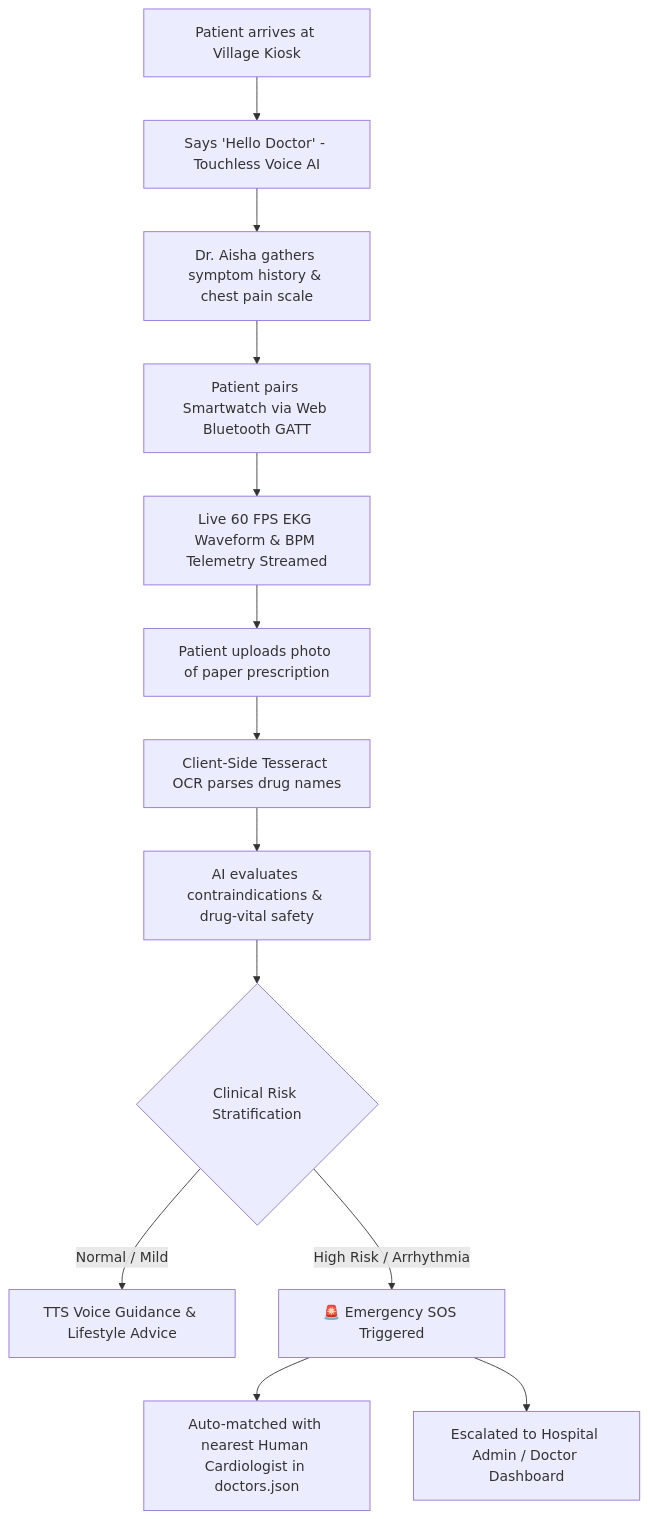
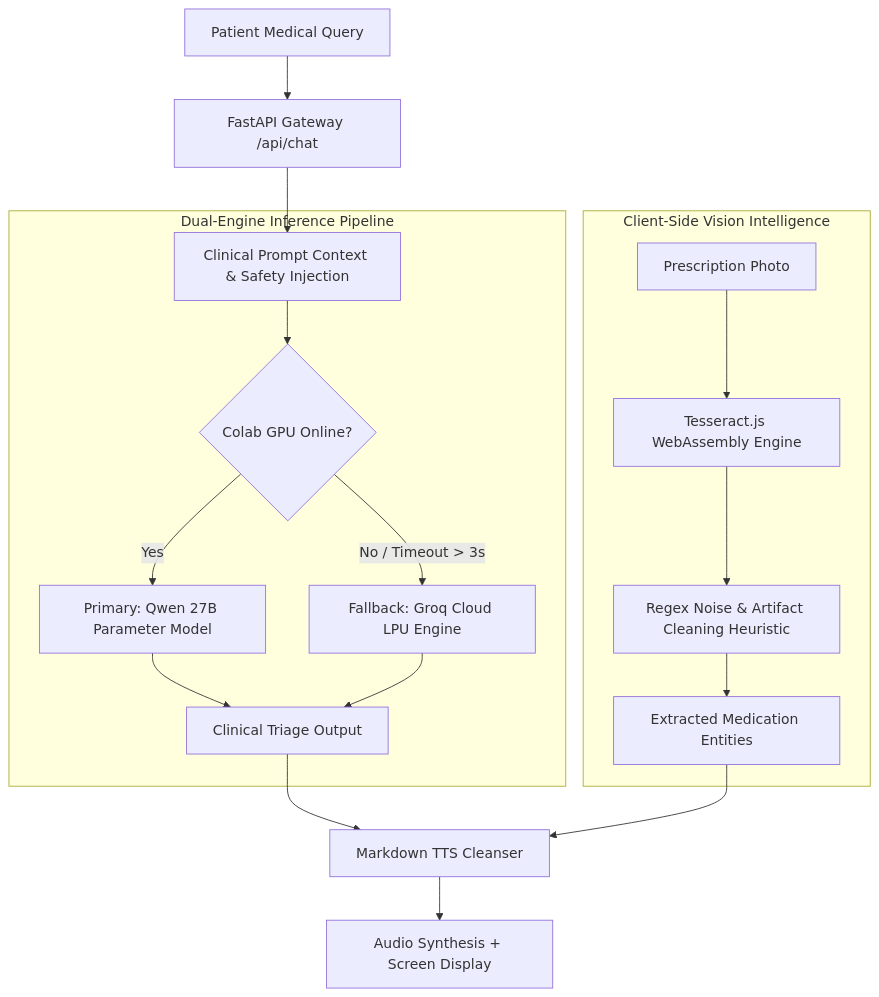
Before and after one commit to RounitSrivastava/Medical: the second of 3 diagrams in README.md, drawn with Mermaid. The commit also changed other lines of this file, not shown here.

Commit message:
docs: Enhance README with visual mockups, API references, badges, and demo video recording cheatsheet

````diff
--- a/README.md
+++ b/README.md
@@ -76,15 +210,23 @@
 ```mermaid
-flowchart TD
-    A[Patient arrives at Village Kiosk] --> B[Says 'Hello Doctor' - Touchless Voice AI]
-    B --> C[Dr. Aisha gathers symptom history & chest pain scale]
-    C --> D[Patient pairs Smartwatch via Web Bluetooth GATT]
-    D --> E[Live 60 FPS EKG Waveform & BPM Telemetry Streamed]
-    E --> F[Patient uploads photo of paper prescription]
-    F --> G[Client-Side Tesseract OCR parses drug names]
-    G --> H[AI evaluates contraindications & drug-vital safety]
-    H --> I{Clinical Risk Stratification}
-    I -->|Normal / Mild| J[TTS Voice Guidance & Lifestyle Advice]
-    I -->|High Risk / Arrhythmia| K[🚨 Emergency SOS Triggered]
-    K --> L[Auto-matched with nearest Human Cardiologist in doctors.json]
-    K --> M[Escalated to Hospital Admin / Doctor Dashboard]
+graph TD
+    A[Patient Medical Query] --> B[FastAPI Gateway /api/chat]
+    B --> C[Clinical Prompt Context & Safety Injection]
+    
+    subgraph DualEngine[" Dual-Engine Inference Pipeline "]
+        C --> D{Colab GPU Online?}
+        D -->|Yes| E[Primary: Qwen 27B Parameter Model]
+        D -->|No / Timeout > 3s| F[Fallback: Groq Cloud LPU Engine]
+        E --> G[Clinical Triage Output]
+        F --> G
+    end
+
+    subgraph ClientOCR[" Client-Side Vision Intelligence "]
+        H[Prescription Photo] --> I[Tesseract.js WebAssembly Engine]
+        I --> J[Regex Noise & Artifact Cleaning Heuristic]
+        J --> K[Extracted Medication Entities]
+    end
+
+    G --> L[Markdown TTS Cleanser]
+    K --> L
+    L --> M[Audio Synthesis + Screen Display]
 ```
````
